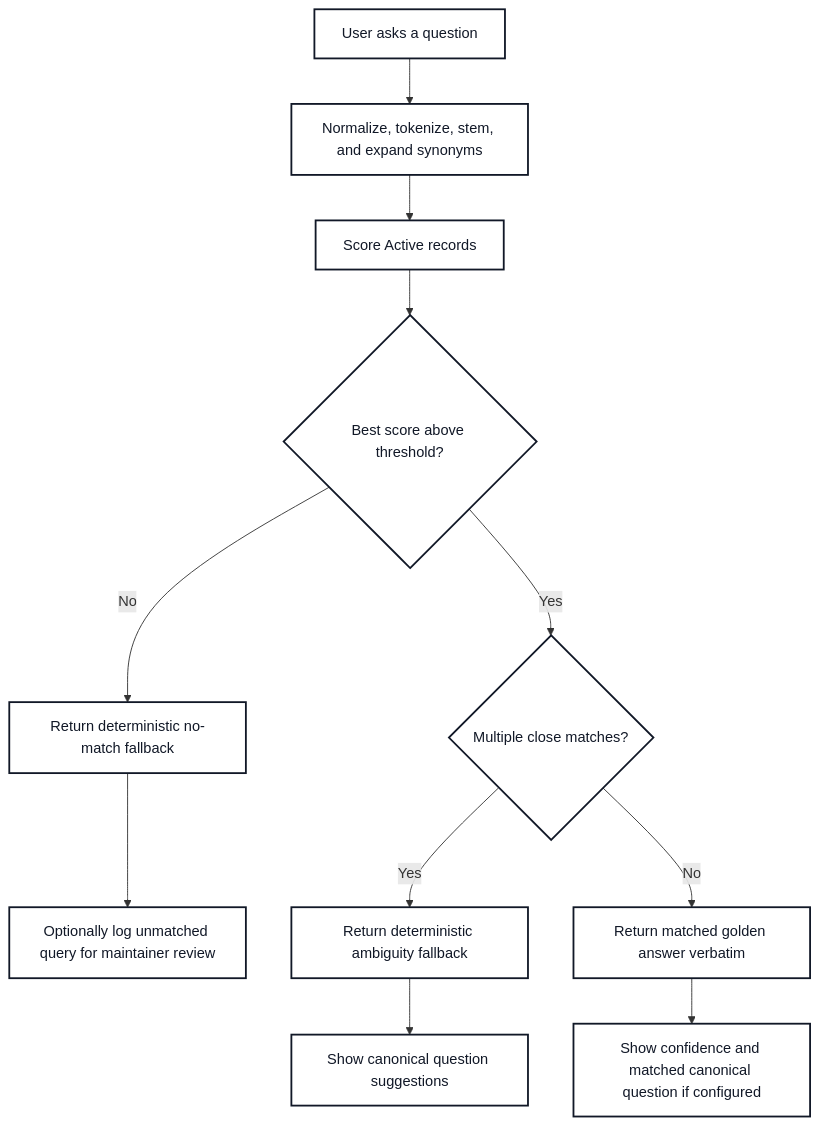
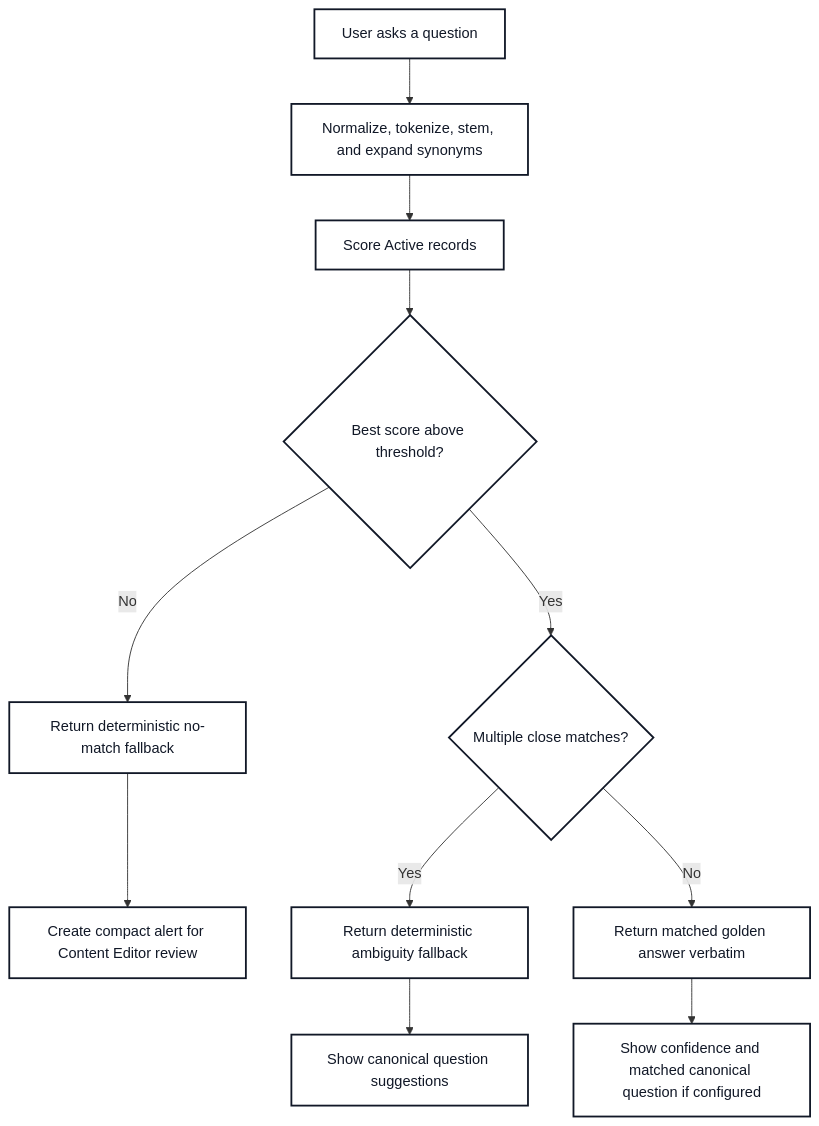
One commit to ttransou/QAKey changed the diagram in README.md. Above: the diagram before and after it, drawn with Mermaid. The commit also changed other lines of this file and 9 other files, not shown here.

````diff
--- a/README.md
+++ b/README.md
@@ -313,19 +319,19 @@
 ```mermaid
 flowchart TD
     A["User asks a question"] --> B["Normalize, tokenize, stem, and expand synonyms"]
     B --> C["Score Active records"]
     C --> D{"Best score above threshold?"}
 
     D -->|No| E["Return deterministic no-match fallback"]
-    E --> F["Optionally log unmatched query for maintainer review"]
+    E --> F["Create compact alert for Content Editor review"]
 
     D -->|Yes| G{"Multiple close matches?"}
     G -->|Yes| H["Return deterministic ambiguity fallback"]
     H --> I["Show canonical question suggestions"]
 
     G -->|No| J["Return matched golden answer verbatim"]
     J --> K["Show confidence and matched canonical question if configured"]
 
     classDef neutral fill:#ffffff,stroke:#111827,color:#111827,stroke-width:2px;
     class A,B,C,D,E,F,G,H,I,J,K neutral;
 ```
````
